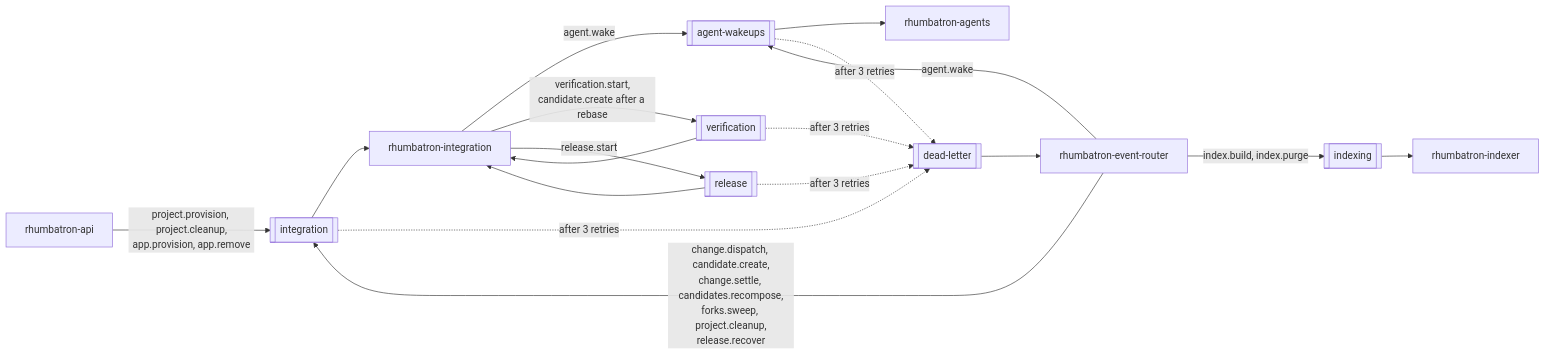
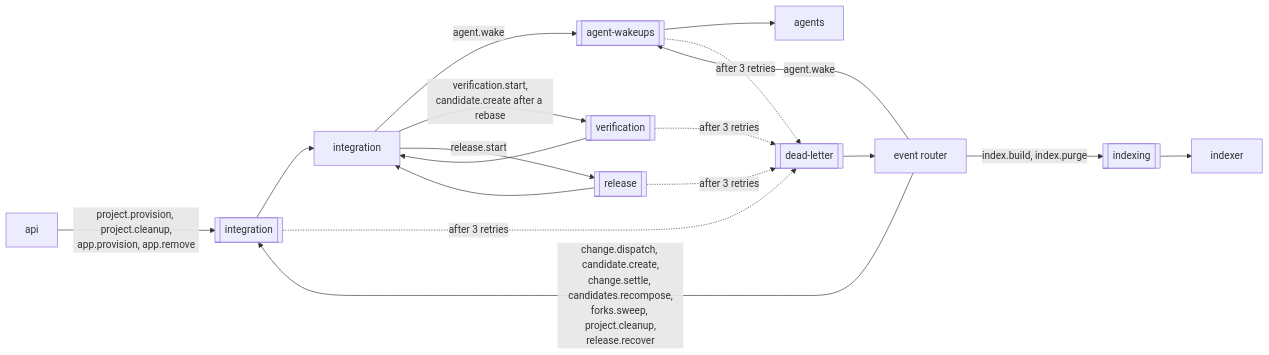
The fifth of 7 diagrams in docs/architecture/events-and-commands.md (nsudhanva/rhumbatron), drawn with Mermaid before and after one commit. The commit also changed other lines of this file and 322 other files, not shown here.

````diff
--- a/docs/architecture/events-and-commands.md
+++ b/docs/architecture/events-and-commands.md
@@ -166,29 +176,29 @@
 ```mermaid
 flowchart LR
-  API["rhumbatron-api"]
-  ER["rhumbatron-event-router"]
-  INT["rhumbatron-integration"]
+  API["api"]
+  ER["event router"]
+  INT["integration"]
   WQ[["agent-wakeups"]]
   IQ[["integration"]]
   XQ[["indexing"]]
   VQ[["verification"]]
   RQ[["release"]]
   DLQ[["dead-letter"]]
-  AG["rhumbatron-agents"]
-  IDX["rhumbatron-indexer"]
+  AG["agents"]
+  IDX["indexer"]
 
   INT -->|"agent.wake"| WQ
   ER -->|"agent.wake"| WQ
   ER -->|"change.dispatch, candidate.create,<br/>change.settle, candidates.recompose,<br/>forks.sweep, project.cleanup,<br/>release.recover"| IQ
   API -->|"project.provision, project.cleanup,<br/>app.provision, app.remove"| IQ
   ER -->|"index.build, index.purge"| XQ
   INT -->|"verification.start,<br/>candidate.create after a rebase"| VQ
   INT -->|"release.start"| RQ
   WQ --> AG
   IQ --> INT
   VQ --> INT
   RQ --> INT
   XQ --> IDX
   WQ & IQ & VQ & RQ -.->|"after 3 retries"| DLQ
   DLQ --> ER
 ```
````
